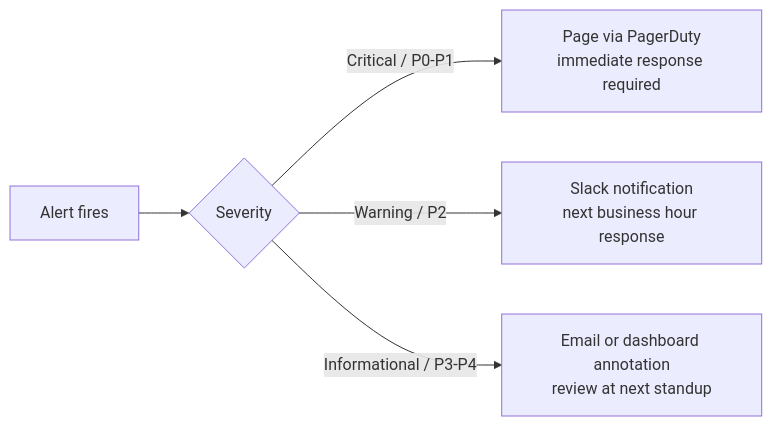
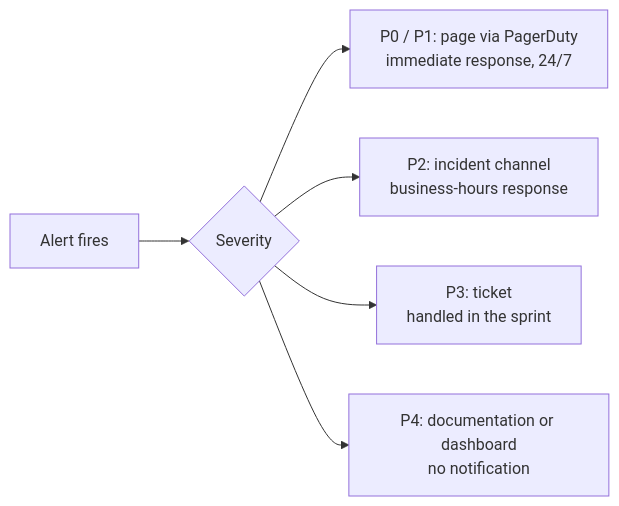
The third of 6 diagrams in content/guides/on-call-procedures.md (radra23/scryops-site), drawn with Mermaid before and after one commit. The commit also changed other lines of this file and 2 other files, not shown here.

```diff
--- a/content/guides/on-call-procedures.md
+++ b/content/guides/on-call-procedures.md
@@ -69,7 +70,8 @@
 {{< mermaid >}}
 flowchart LR
     A[Alert fires] --> B{Severity}
-    B -->|Critical / P0-P1| C[Page via PagerDuty<br/>immediate response required]
-    B -->|Warning / P2| D[Slack notification<br/>next business hour response]
-    B -->|Informational / P3-P4| E[Email or dashboard annotation<br/>review at next standup]
+    B --> C[P0 / P1: page via PagerDuty<br/>immediate response, 24/7]
+    B --> D[P2: incident channel<br/>business-hours response]
+    B --> E[P3: ticket<br/>handled in the sprint]
+    B --> F[P4: documentation or dashboard<br/>no notification]
 {{< /mermaid >}}
```
